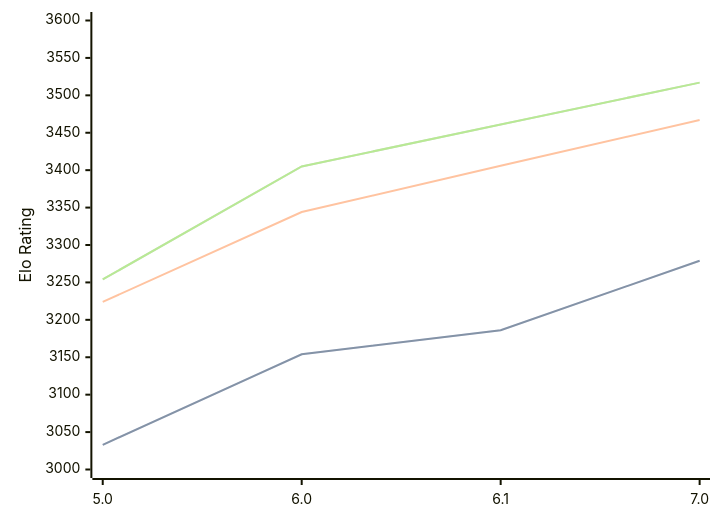
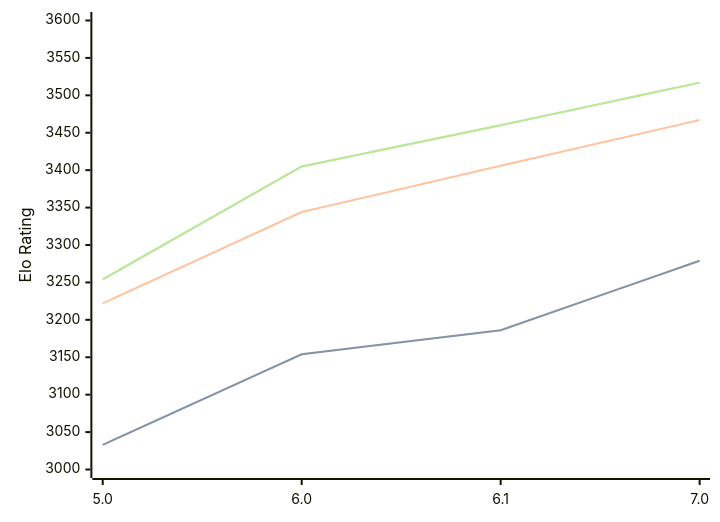
One commit to computer-chess-index/cci changed the first of 3 diagrams in engines/PZChessBot.md. Above: the diagram before and after it, drawn with Mermaid. The commit also changed other lines of this file, not shown here.

Commit message:
Update CCI Ratings (ELO VLTC) - 2026-06-17

````diff
--- a/engines/PZChessBot.md
+++ b/engines/PZChessBot.md
@@ -43,11 +43,11 @@
 ```mermaid
 %%{init: {"theme":"base","themeVariables":{"seriesColors:['#a3a3a3','#222221','#faa371']}}}%%
 xychart-beta
   x-axis ["5.0", "6.0", "6.1", "7.0"]
   y-axis "Elo Rating" 3000 --> 3600
   line "STC (8.0+0.08s)" [3033, 3154, 3186, 3279]
   line "STC (8.0+0.08s)" [3033, 3154, 3186, 3279]
-  line "LTC (60.0+0.60s)" [3224, 3344, 3406, 3467]
-  line "VLTC (2m24s+1.12s)" [3254, 3405, 3461, 3517]
-  line "VLTC (2m24s+1.12s)" [3254, 3405, 3461, 3517]
+  line "LTC (60.0+0.60s)" [3222, 3344, 3406, 3467]
+  line "VLTC (2m24s+1.12s)" [3254, 3405, 3460, 3517]
+  line "VLTC (2m24s+1.12s)" [3254, 3405, 3460, 3517]
 ```
````
